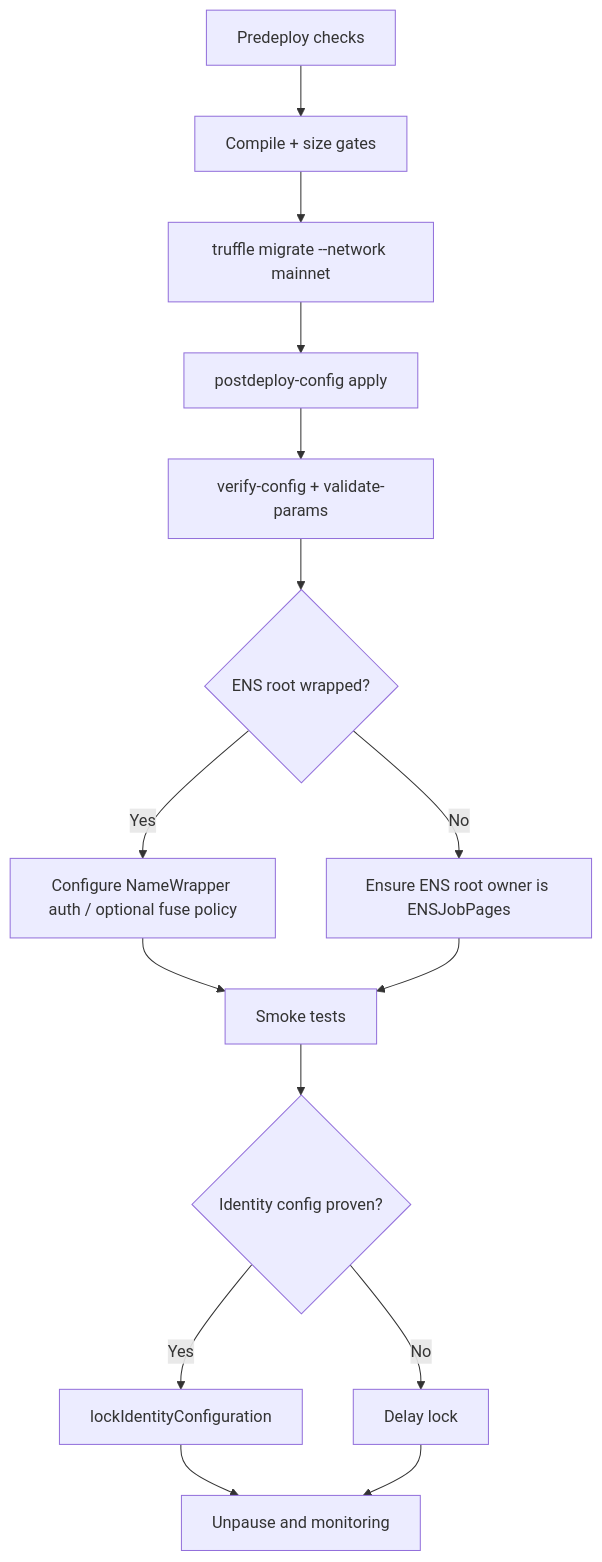
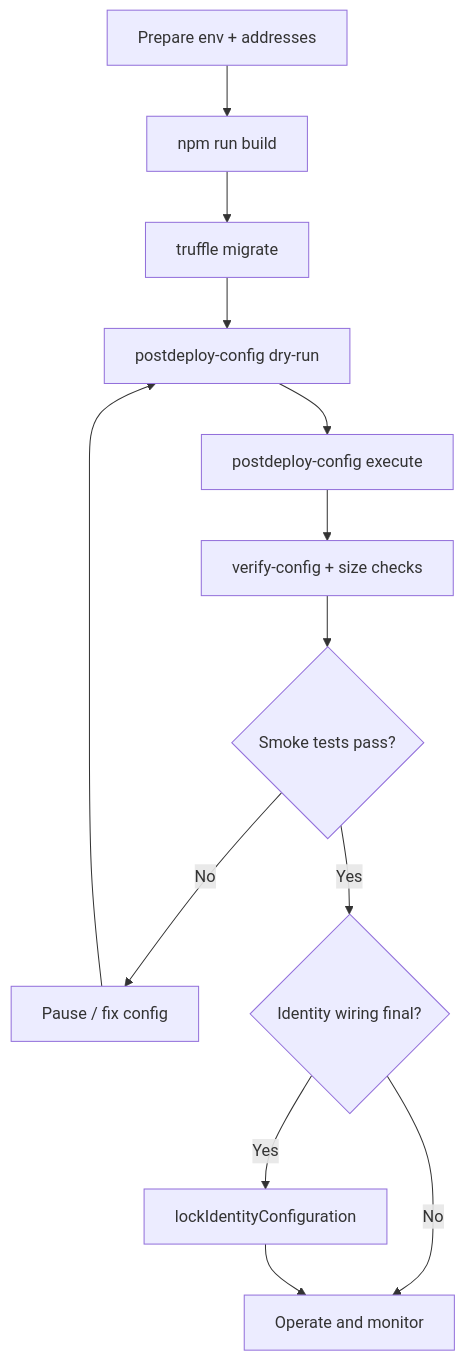
Before and after one commit to MontrealAI/AGIJobManager: the diagram in docs/DEPLOY_RUNBOOK.md, drawn with Mermaid. The commit also changed other lines of this file and 10 other files, not shown here.

````diff
--- a/docs/DEPLOY_RUNBOOK.md
+++ b/docs/DEPLOY_RUNBOOK.md
@@ -5,17 +112,15 @@
 ```mermaid
 flowchart TD
-    A[Predeploy checks] --> B[Compile + size gates]
-    B --> C[truffle migrate --network mainnet]
-    C --> D[postdeploy-config apply]
-    D --> E[verify-config + validate-params]
-    E --> F{ENS root wrapped?}
-    F -->|Yes| G[Configure NameWrapper auth / optional fuse policy]
-    F -->|No| H[Ensure ENS root owner is ENSJobPages]
-    G --> I[Smoke tests]
-    H --> I
-    I --> J{Identity config proven?}
-    J -->|Yes| K[lockIdentityConfiguration]
-    J -->|No| L[Delay lock]
-    K --> M[Unpause and monitoring]
-    L --> M
+    A[Prepare env + addresses] --> B[npm run build]
+    B --> C[truffle migrate]
+    C --> D[postdeploy-config dry-run]
+    D --> E[postdeploy-config execute]
+    E --> F[verify-config + size checks]
+    F --> G{Smoke tests pass?}
+    G -- No --> H[Pause / fix config]
+    H --> D
+    G -- Yes --> I{Identity wiring final?}
+    I -- No --> J[Operate and monitor]
+    I -- Yes --> K[lockIdentityConfiguration]
+    K --> J
 ```
````
